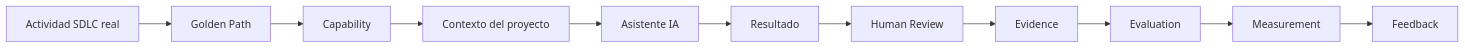
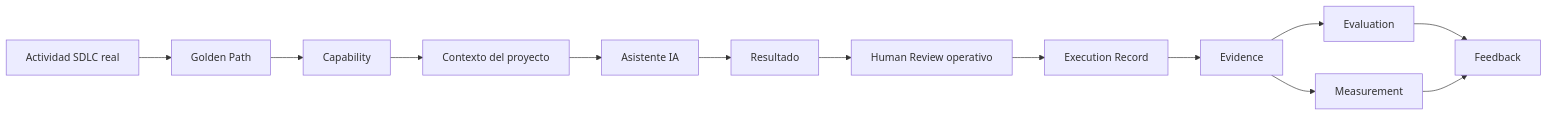
Before and after one commit to elmercharrebaufest/MOA-AI-Engineering: the diagram in adoption/execution-model.md, drawn with Mermaid. The commit also changed other lines of this file and 2 other files, not shown here.

First line of the commit message:
docs(adoption): clarify evaluation and measurement flow

````diff
--- a/adoption/execution-model.md
+++ b/adoption/execution-model.md
@@ -15,13 +15,15 @@
 ```mermaid
 flowchart LR
     A["Actividad SDLC real"] --> B["Golden Path"]
     B --> C["Capability"]
     C --> D["Contexto del proyecto"]
     D --> E["Asistente IA"]
     E --> F["Resultado"]
-    F --> G["Human Review"]
-    G --> H["Evidence"]
-    H --> I["Evaluation"]
-    I --> J["Measurement"]
-    J --> K["Feedback"]
+    F --> G["Human Review operativo"]
+    G --> H["Execution Record"]
+    H --> I["Evidence"]
+    I --> J["Evaluation"]
+    I --> K["Measurement"]
+    J --> L["Feedback"]
+    K --> L
 ```
````
